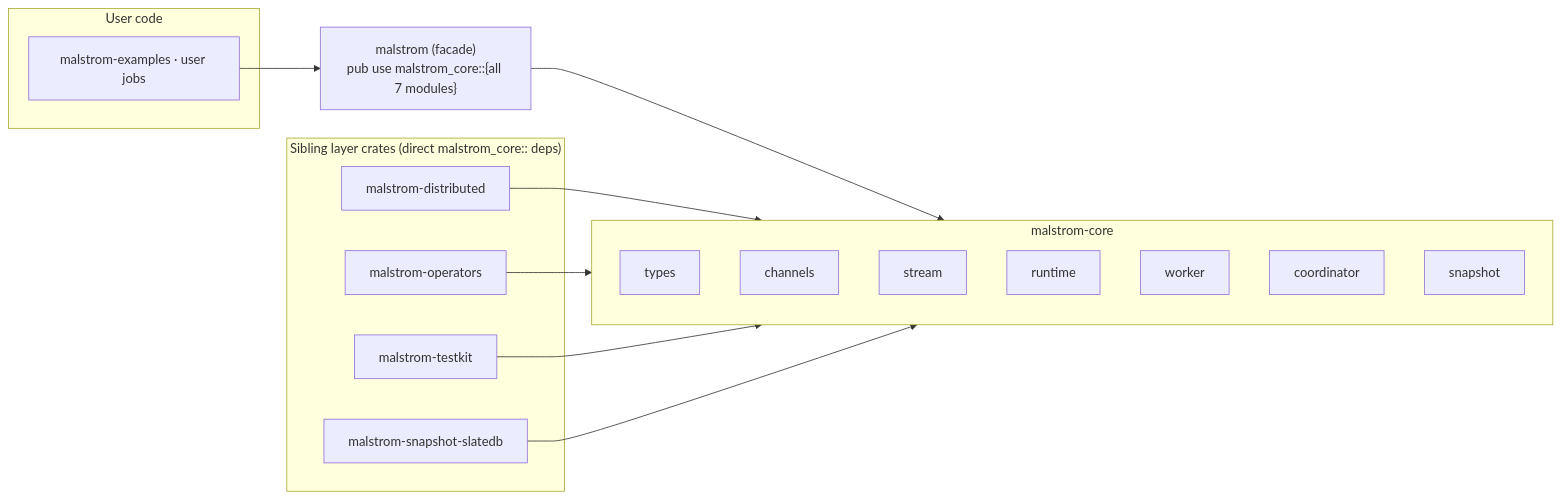
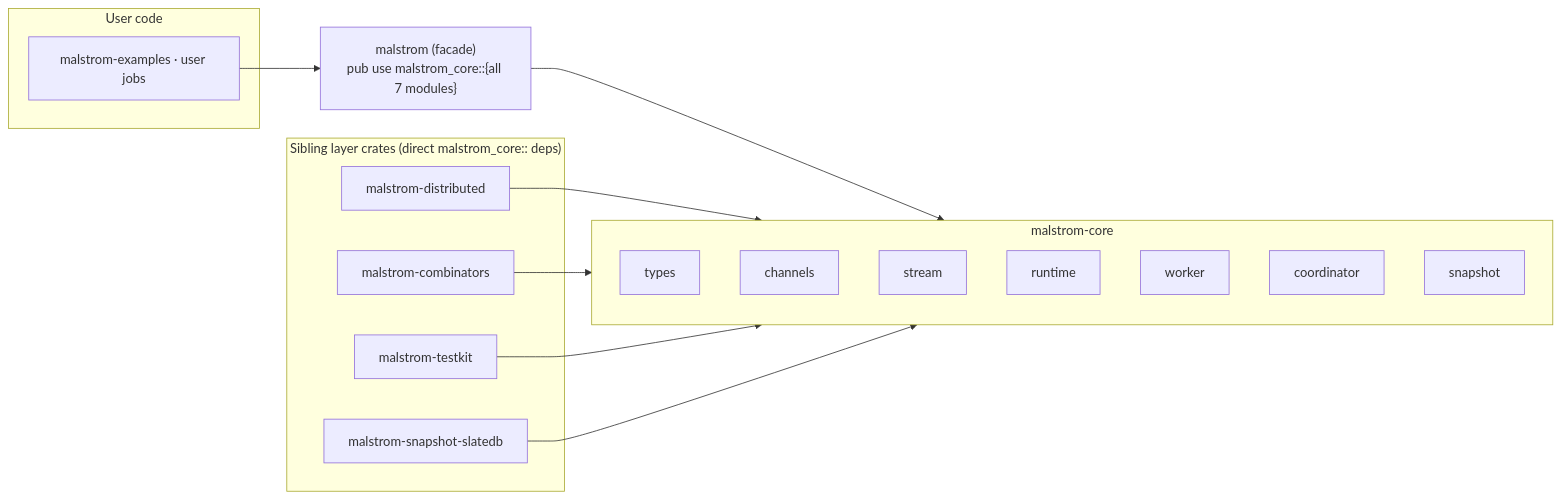
One commit to nrdhm/malstrom changed the first of 2 diagrams in docs/overviews/08-public-api-surface.md. Above: the diagram before and after it, drawn with Mermaid. The commit also changed other lines of this file and 99 other files, not shown here.

First line of the commit message:
refactor: rename malstrom-operators to malstrom-combinators

````diff
--- a/docs/overviews/08-public-api-surface.md
+++ b/docs/overviews/08-public-api-surface.md
@@ -26,28 +26,28 @@
 ```mermaid
 flowchart LR
     subgraph users["User code"]
         APP["malstrom-examples · user jobs"]
     end
     FACADE["malstrom (facade)<br/>pub use malstrom_core::{all 7 modules}"]
     subgraph core["malstrom-core"]
         direction TB
         TYPES["types"]
         CH["channels"]
         ST["stream"]
         RT["runtime"]
         WK["worker"]
         CO["coordinator"]
         SN["snapshot"]
     end
     subgraph siblings["Sibling layer crates (direct malstrom_core:: deps)"]
         DIST["malstrom-distributed"]
-        OPS["malstrom-operators"]
+        OPS["malstrom-combinators"]
         TK["malstrom-testkit"]
         SS["malstrom-snapshot-slatedb"]
     end
     APP --> FACADE --> core
     DIST --> core
     OPS --> core
     TK --> core
     SS --> core
 ```
````
